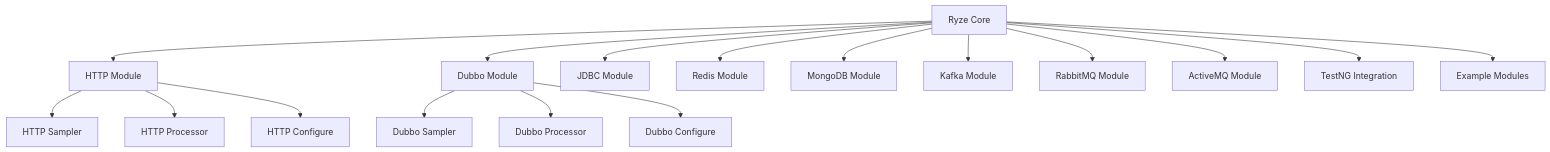
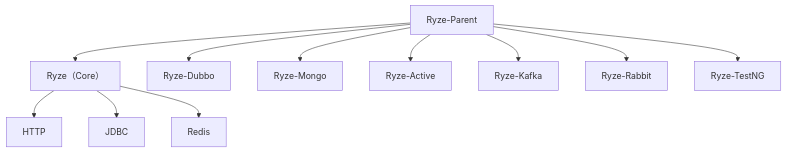
Before and after one commit to XiaoMiSum/ryze: the diagram in ReadMe.md, drawn with Mermaid. The commit also changed 1 other file, not shown here.

Commit message:
:memo: docs: 更新架构图

````diff
--- a/ReadMe.md
+++ b/ReadMe.md
@@ -87,22 +87,15 @@
 ```mermaid
 graph TB
-    A[Ryze Core] --> B[HTTP Module]
-    A --> C[Dubbo Module]
-    A --> D[JDBC Module]
-    A --> E[Redis Module]
-    A --> F[MongoDB Module]
-    A --> G[Kafka Module]
-    A --> H[RabbitMQ Module]
-    A --> I[ActiveMQ Module]
+    A[Ryze-Parent] --> B[Ryze（Core）]
     
-    A --> J[TestNG Integration]
-    A --> K[Example Modules]
+    B --> B1[HTTP]
+    B --> B2[JDBC]
+    B --> B3[Redis]
     
-    B --> L[HTTP Sampler]
-    B --> M[HTTP Processor]
-    B --> N[HTTP Configure]
-    
-    C --> O[Dubbo Sampler]
-    C --> P[Dubbo Processor]
-    C --> Q[Dubbo Configure]
+    A --> C[Ryze-Dubbo]
+    A --> D[Ryze-Mongo]
+    A --> E[Ryze-Active]
+    A --> F[Ryze-Kafka]
+    A --> G[Ryze-Rabbit]
+    A --> H[Ryze-TestNG]
 ```
````
